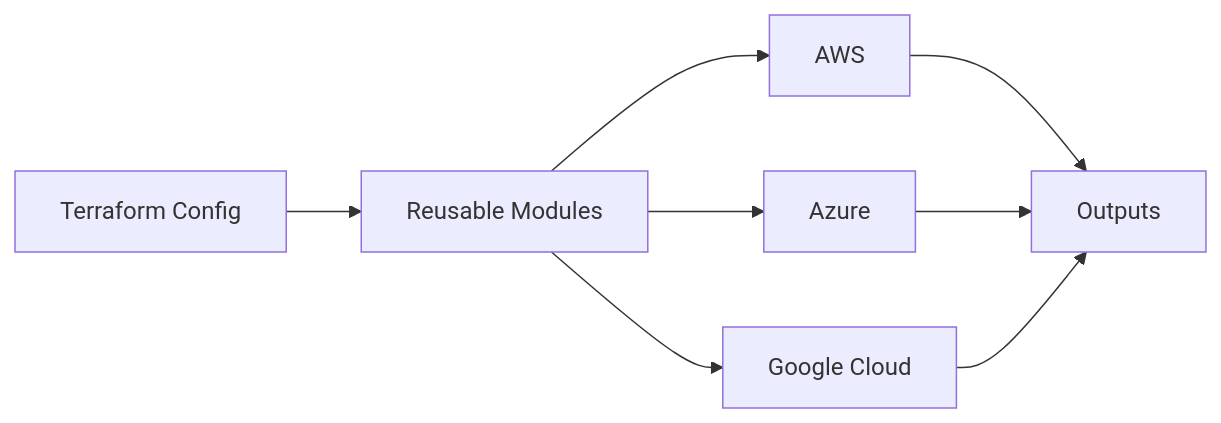
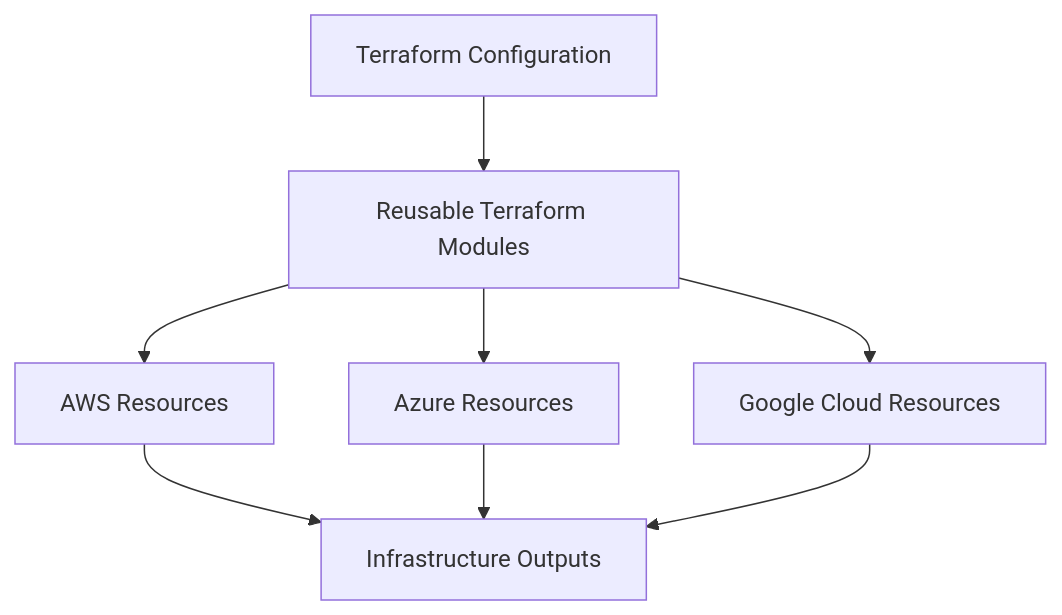
Before and after one commit to manesaurabh1704-devops/manesaurabh1704-devops: the third of 8 diagrams in README.md, drawn with Mermaid. The commit also changed other lines of this file, not shown here.

````diff
--- a/README.md
+++ b/README.md
@@ -191,7 +304,10 @@
 ```mermaid
-flowchart LR
-    A["Terraform Config"] --> B["Reusable Modules"]
-    B --> C["AWS"] --> F["Outputs"]
-    B --> D["Azure"] --> F
-    B --> E["Google Cloud"] --> F
+flowchart TD
+    A["Terraform Configuration"] --> B["Reusable Terraform Modules"]
+    B --> C["AWS Resources"]
+    B --> D["Azure Resources"]
+    B --> E["Google Cloud Resources"]
+    C --> F["Infrastructure Outputs"]
+    D --> F
+    E --> F
 ```
````
